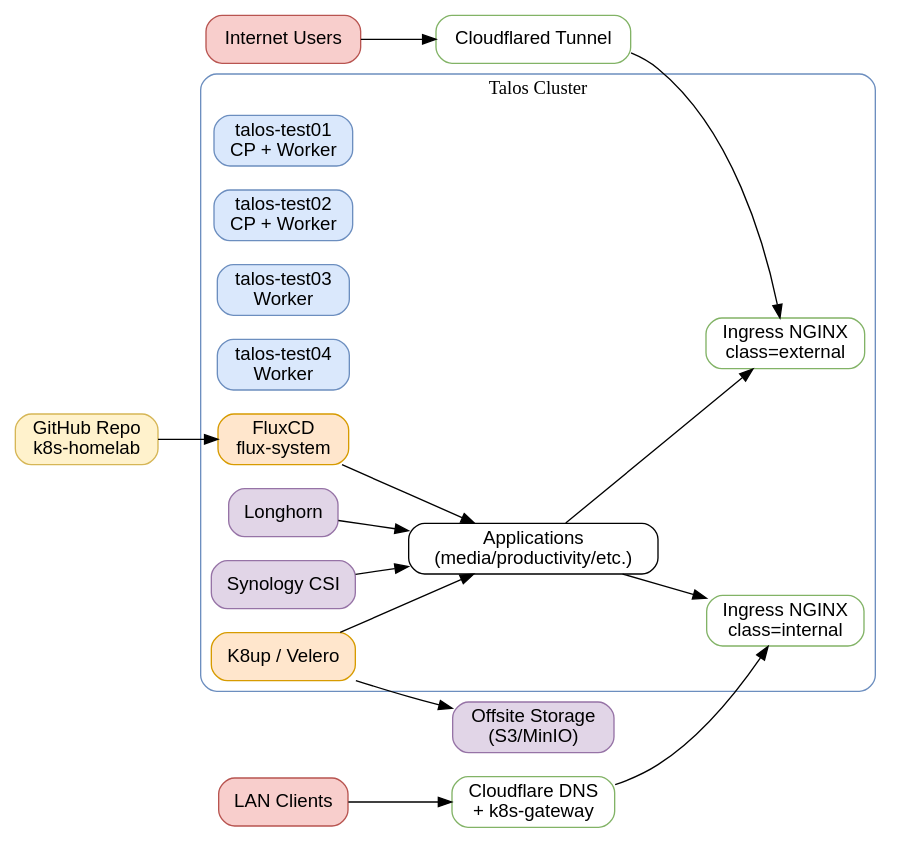
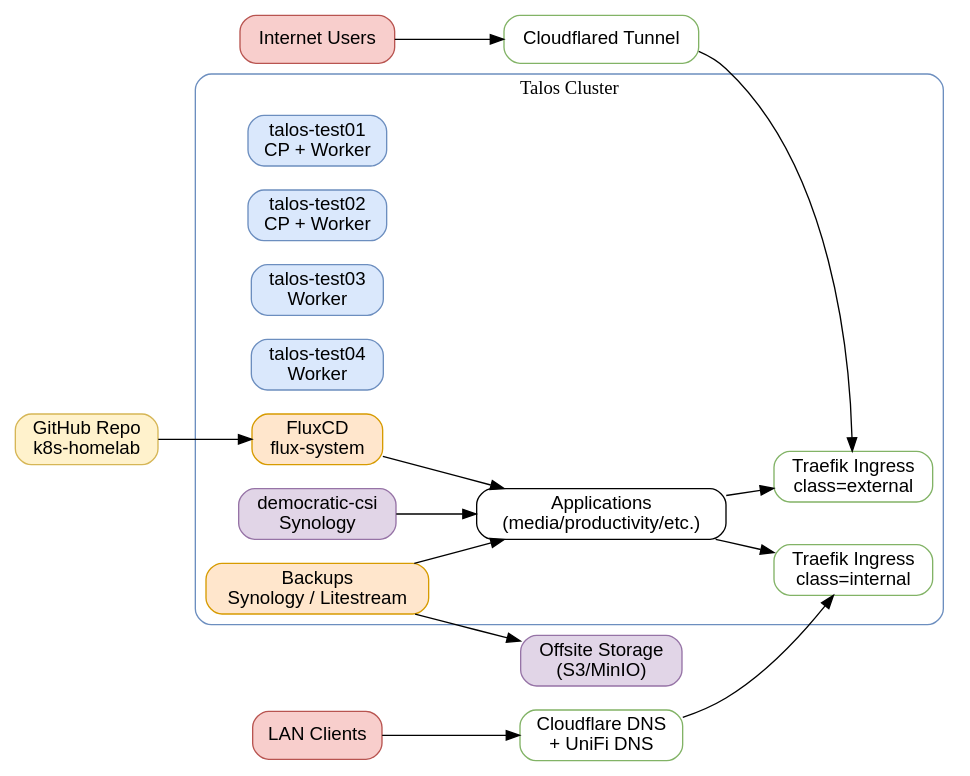
Before and after one commit to tuxpeople/k8s-homelab: the diagram in docs/architecture.dot, drawn with Graphviz. The commit also changed 23 other files, not shown here.

```diff
--- a/docs/architecture.dot
+++ b/docs/architecture.dot
@@ -1,58 +1,56 @@
 digraph Homelab {
   rankdir=LR;
   node [shape=rectangle style="rounded,filled" fontname="Helvetica"];
 
   subgraph cluster_talos {
     label="Talos Cluster";
     color="#6C8EBF";
     style="rounded";
     node [fillcolor="#DAE8FC" color="#6C8EBF"];
     talos1 [label="talos-test01\nCP + Worker"];
     talos2 [label="talos-test02\nCP + Worker"];
     talos3 [label="talos-test03\nWorker"];
     talos4 [label="talos-test04\nWorker"];
 
     node [fillcolor="#FFE6CC" color="#D79B00"];
     flux [label="FluxCD\nflux-system"];
-    backups [label="K8up / Velero"];
+    backups [label="Backups\nSynology / Litestream"];
 
     node [fillcolor="#FFFFFF" color="#82B366"];
-    ingress_ext [label="Ingress NGINX\nclass=external"];
-    ingress_int [label="Ingress NGINX\nclass=internal"];
+    ingress_ext [label="Traefik Ingress\nclass=external"];
+    ingress_int [label="Traefik Ingress\nclass=internal"];
 
     node [fillcolor="#E1D5E7" color="#9673A6"];
-    longhorn [label="Longhorn"];
-    synology [label="Synology CSI"];
+    storage [label="democratic-csi\nSynology"];
 
     node [fillcolor="#FFFFFF" color="#000000"];
     apps [label="Applications\n(media/productivity/etc.)"];
   }
 
   node [fillcolor="#FFF2CC" color="#D6B656"];
   github [label="GitHub Repo\nk8s-homelab"];
 
   node [fillcolor="#F8CECC" color="#B85450"];
   pubusers [label="Internet Users"];
   lanusers [label="LAN Clients"];
 
   node [fillcolor="#FFFFFF" color="#82B366"];
   cloudflared [label="Cloudflared Tunnel"];
-  dns [label="Cloudflare DNS\n+ k8s-gateway"];
+  dns [label="Cloudflare DNS\n+ UniFi DNS"];
 
   node [fillcolor="#E1D5E7" color="#9673A6"];
   offsite [label="Offsite Storage\n(S3/MinIO)"];
 
   github -> flux -> apps;
-  longhorn -> apps;
-  synology -> apps;
+  storage -> apps;
   apps -> ingress_ext;
   apps -> ingress_int;
   cloudflared -> ingress_ext;
   dns -> ingress_int;
 
   pubusers -> cloudflared;
   lanusers -> dns;
 
   backups -> offsite;
   backups -> apps;
 }
```
